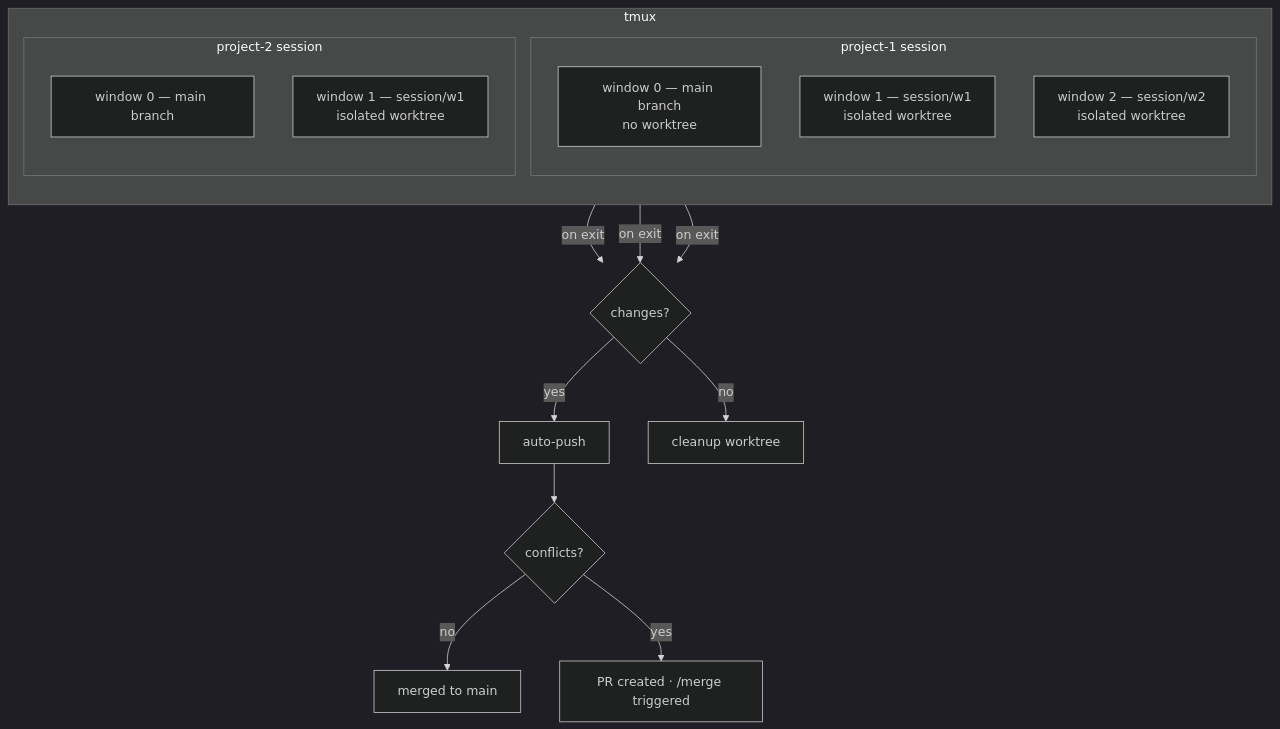
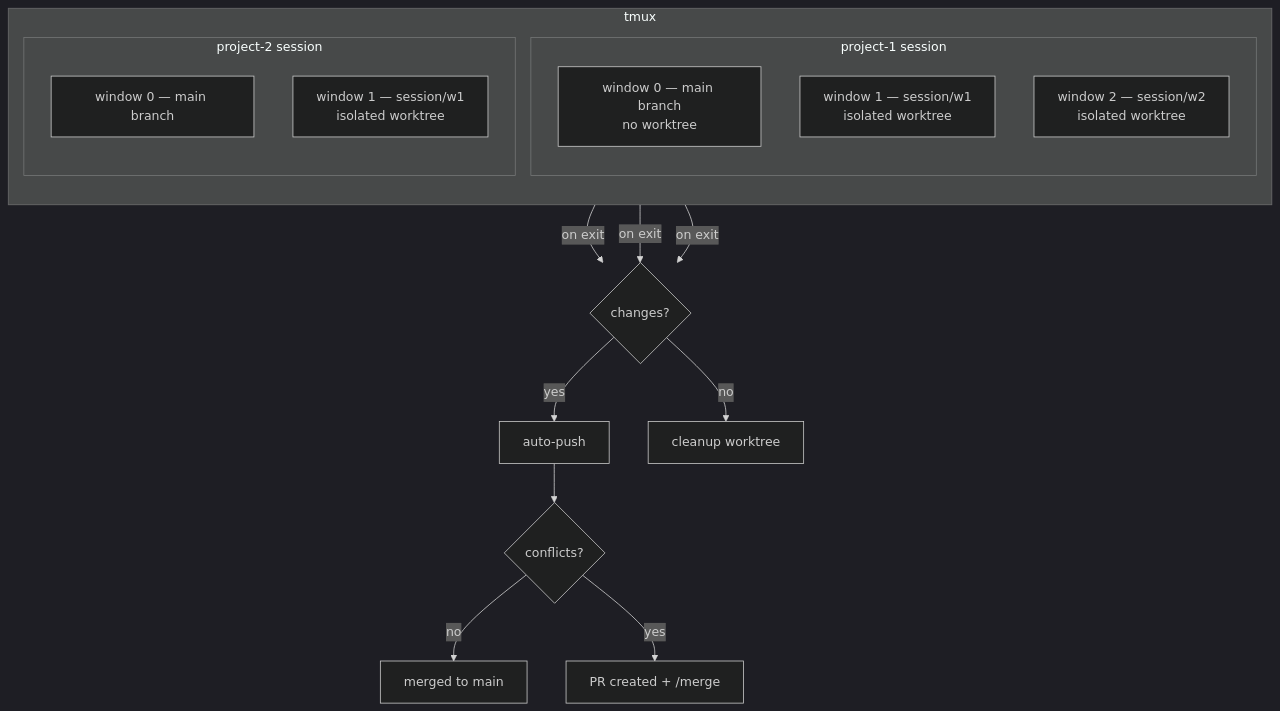
One commit to Kord96/kordinate changed the diagram in docs/installation/sessions.md. Above: the diagram before and after it, drawn with Mermaid (dark theme).

Commit message:
Fix mermaid syntax: replace · with + [scribe]

````diff
--- a/docs/installation/sessions.md
+++ b/docs/installation/sessions.md
@@ -5,22 +5,22 @@
 ```mermaid
 flowchart TB
     subgraph tmux
         direction TB
         subgraph p1[project-1 session]
             W0[window 0 — main branch<br/>no worktree]
             W1[window 1 — session/w1<br/>isolated worktree]
             W2[window 2 — session/w2<br/>isolated worktree]
         end
         subgraph p2[project-2 session]
             PW0[window 0 — main branch]
             PW1[window 1 — session/w1<br/>isolated worktree]
         end
     end
 
     W1 & W2 & PW1 -->|on exit| PR{changes?}
     PR -->|yes| PUSH[auto-push]
     PR -->|no| CLEAN[cleanup worktree]
     PUSH --> FF{conflicts?}
     FF -->|no| DONE[merged to main]
-    FF -->|yes| MERGE[PR created · /merge triggered]
+    FF -->|yes| MERGE[PR created + /merge]
 ```
````
